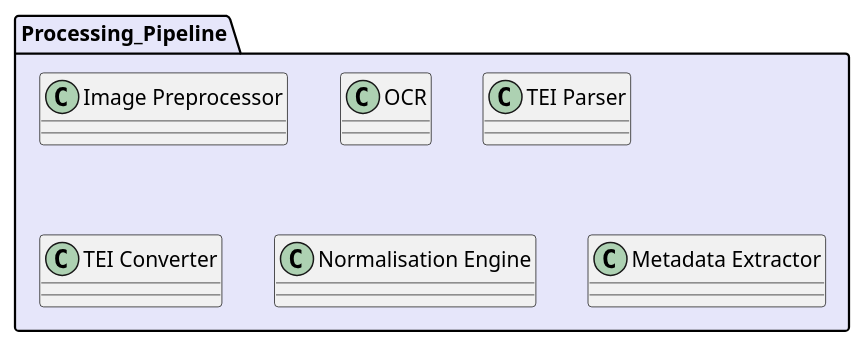
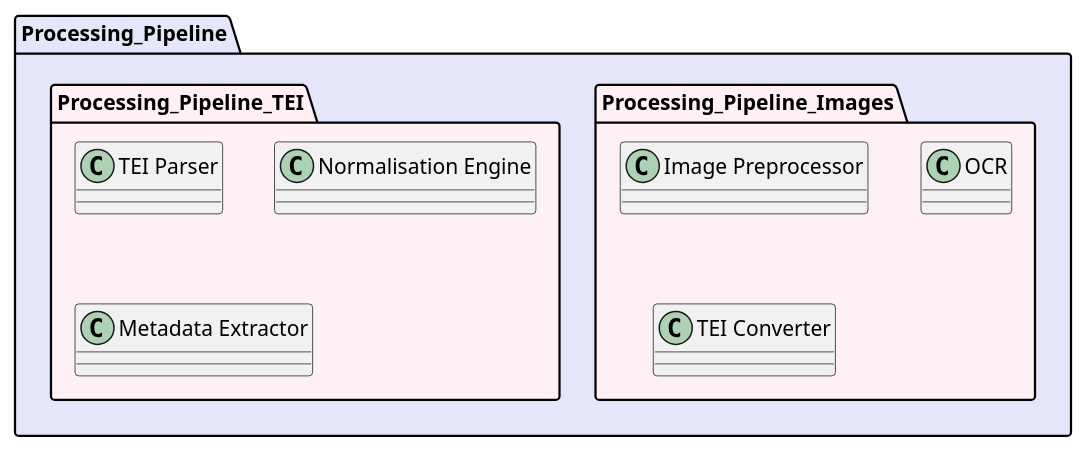
The diagram in docs/uml/src/components/pipeline.puml (leegee/mutatis-mutandis), drawn with PlantUML before and after one commit. The commit also changed 4 other files, not shown here.

```diff
--- a/docs/uml/src/components/pipeline.puml
+++ b/docs/uml/src/components/pipeline.puml
@@ -1,8 +1,13 @@
 package "Processing_Pipeline" #Lavender {
-    class "Image Preprocessor"
-    class "OCR"
-    class "TEI Parser"
-    class "TEI Converter"
-    class "Normalisation Engine"
-    class "Metadata Extractor"
+    package "Processing_Pipeline_Images" #LavenderBlush {
+        class "Image Preprocessor"
+        class "OCR"
+        class "TEI Converter"
+    }
+
+    package "Processing_Pipeline_TEI" #LavenderBlush {
+        class "TEI Parser"
+        class "Normalisation Engine"
+        class "Metadata Extractor"
+    }
 }
```
